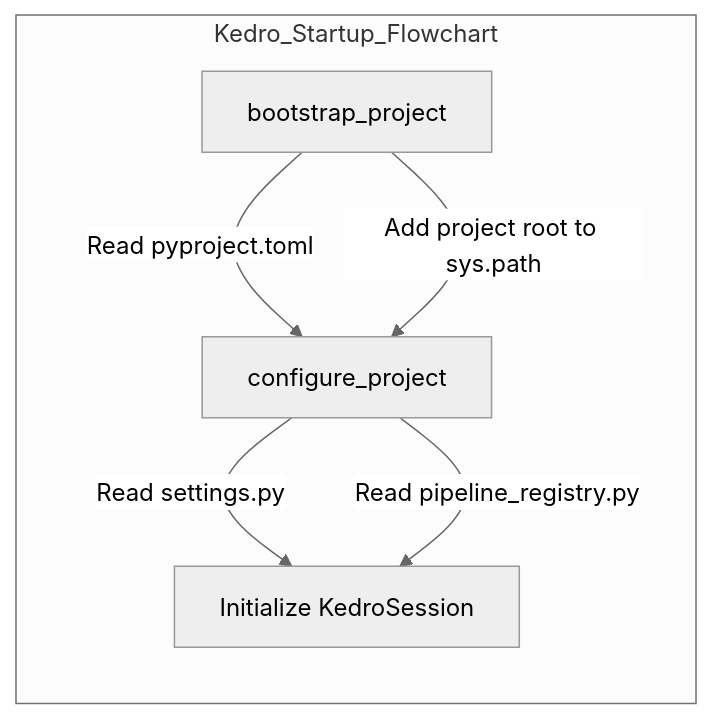
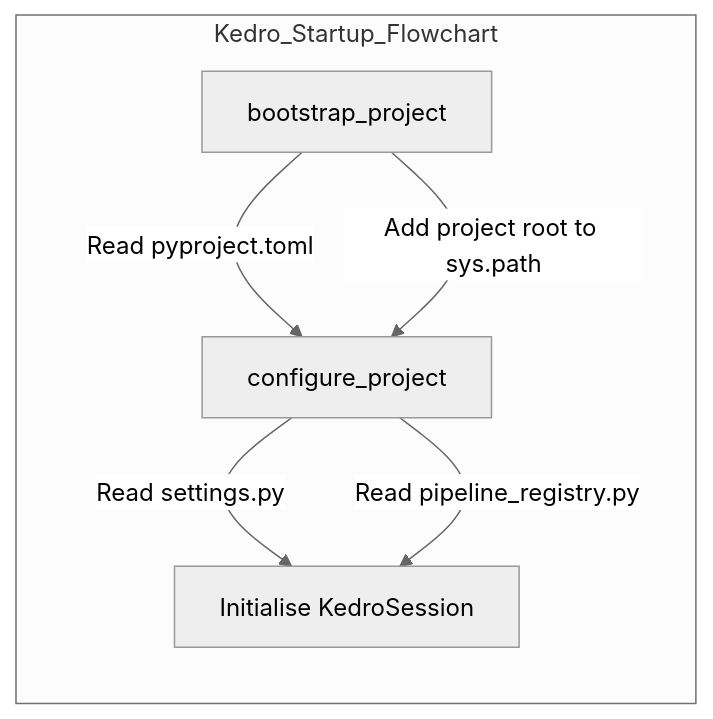
One commit to kedro-org/kedro changed the diagram in docs/extend/session.md. Above: the diagram before and after it, drawn with Mermaid (neutral theme). The commit also changed 12 other files, not shown here.

````diff
--- a/docs/extend/session.md
+++ b/docs/extend/session.md
@@ -54,10 +54,10 @@
 ```mermaid
 graph LR
   subgraph Kedro_Startup_Flowchart
     A[bootstrap_project] -->|Read pyproject.toml| B
     A -->|Add project root to sys.path| B[configure_project]
-    C[Initialize KedroSession]
+    C[Initialise KedroSession]
     B --> |Read settings.py| C
     B --> |Read pipeline_registry.py| C
   end
 ```
````
